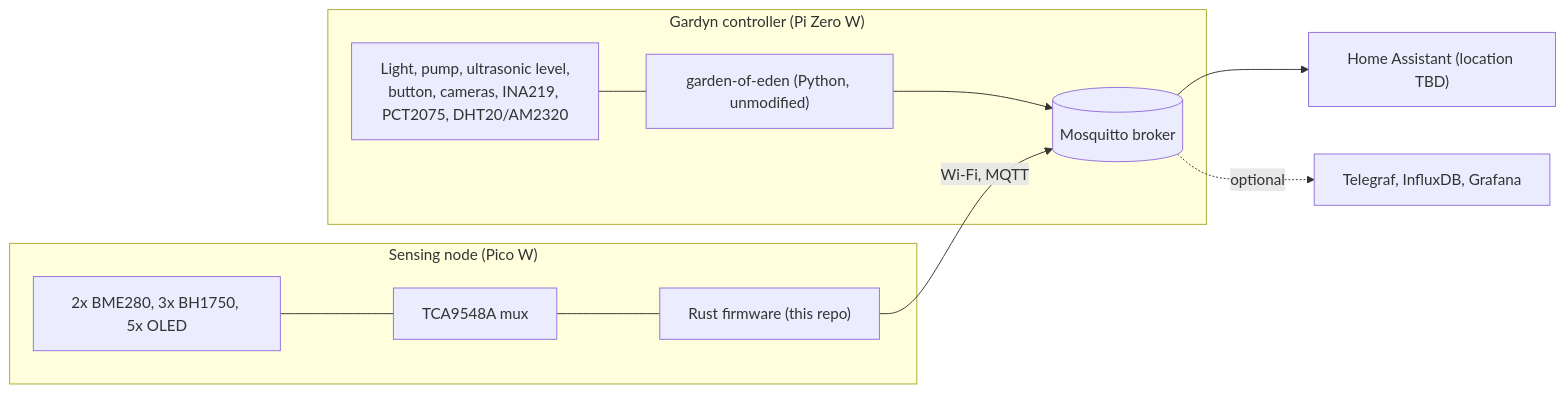
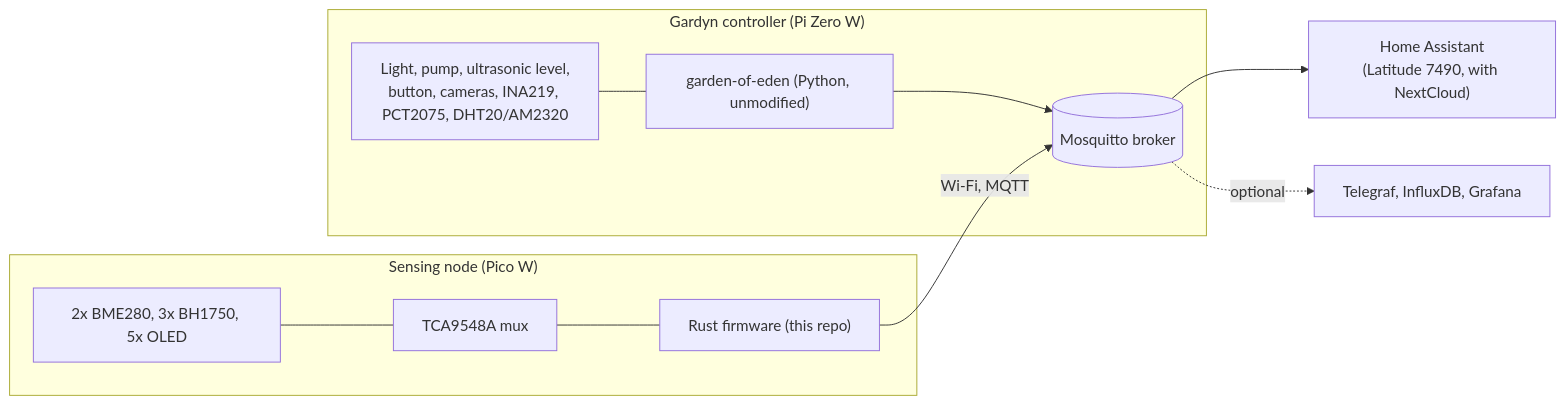
Before and after one commit to uploadtigris/hydroponics_sensing: the diagram in README.md, drawn with Mermaid. The commit also changed 5 other files, not shown here.

Commit message:
Record that Home Assistant runs on the Latitude 7490

````diff
--- a/README.md
+++ b/README.md
@@ -19,18 +19,18 @@
 ```mermaid
 flowchart LR
   subgraph Gardyn["Gardyn controller (Pi Zero W)"]
     GoE["garden-of-eden (Python, unmodified)"]
     MQ[("Mosquitto broker")]
     HW["Light, pump, ultrasonic level,<br/>button, cameras, INA219, PCT2075, DHT20/AM2320"]
     HW --- GoE --> MQ
   end
   subgraph Sensing["Sensing node (Pico W)"]
     FW["Rust firmware (this repo)"]
     MUX["TCA9548A mux"]
     S["2x BME280, 3x BH1750, 5x OLED"]
     S --- MUX --- FW
   end
   FW -- "Wi-Fi, MQTT" --> MQ
-  MQ --> HA["Home Assistant (location TBD)"]
+  MQ --> HA["Home Assistant<br/>(Latitude 7490, with NextCloud)"]
   MQ -. optional .-> TG["Telegraf, InfluxDB, Grafana"]
 ```
````
